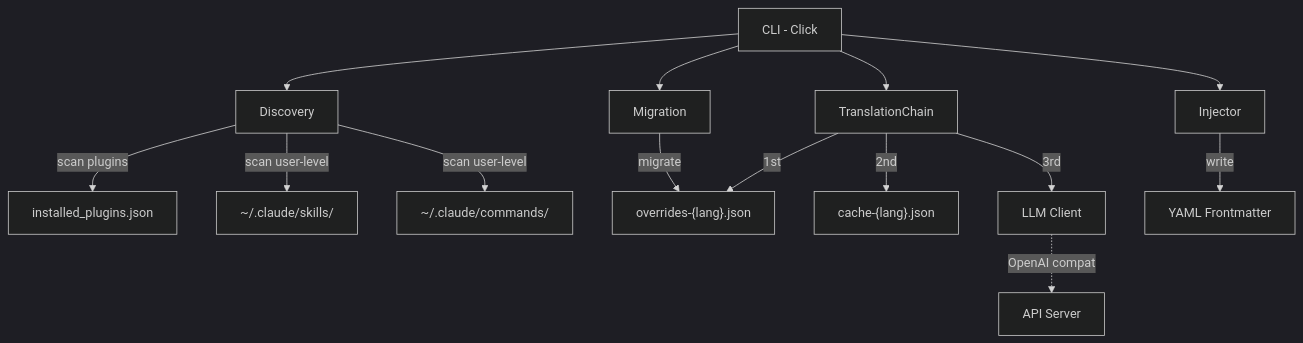
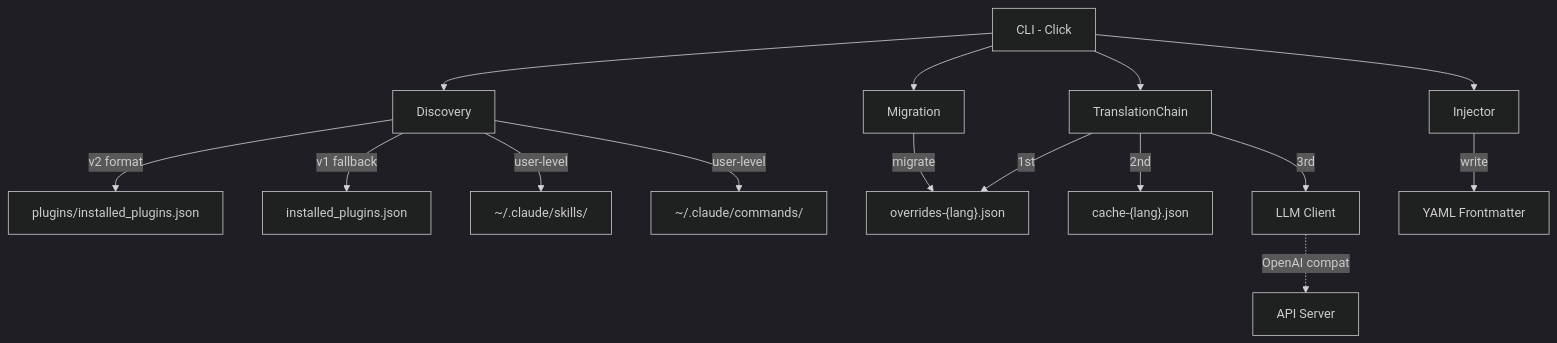
The second of 2 diagrams in README.md (debug-zhuweijian/claude-translator), drawn with Mermaid (dark theme) before and after one commit. The commit also changed other lines of this file and 4 other files, not shown here.

First line of the commit message:
fix: plugin discovery path and format, rewrite READMEs

````diff
--- a/README.md
+++ b/README.md
@@ -183,20 +232,21 @@
 ```mermaid
 graph TB
     CLI[CLI - Click] --> DISC[Discovery]
     CLI --> TRANS[TranslationChain]
     CLI --> INJ[Injector]
     CLI --> MIGR[Migration]
 
-    DISC --> |scan plugins| PLUGIN[installed_plugins.json]
-    DISC --> |scan user-level| USER[~/.claude/skills/]
-    DISC --> |scan user-level| USERC[~/.claude/commands/]
+    DISC --> |v2 format| V2["plugins/installed_plugins.json"]
+    DISC --> |v1 fallback| V1["installed_plugins.json"]
+    DISC --> |user-level| USER["~/.claude/skills/"]
+    DISC --> |user-level| USERC["~/.claude/commands/"]
 
     TRANS --> |1st| OV["overrides-{lang}.json"]
     TRANS --> |2nd| CACHE["cache-{lang}.json"]
     TRANS --> |3rd| LLM[LLM Client]
 
     INJ --> |write| FM[YAML Frontmatter]
     MIGR --> |migrate| OV
 
     LLM -.-> |OpenAI compat| API[API Server]
 ```
````
